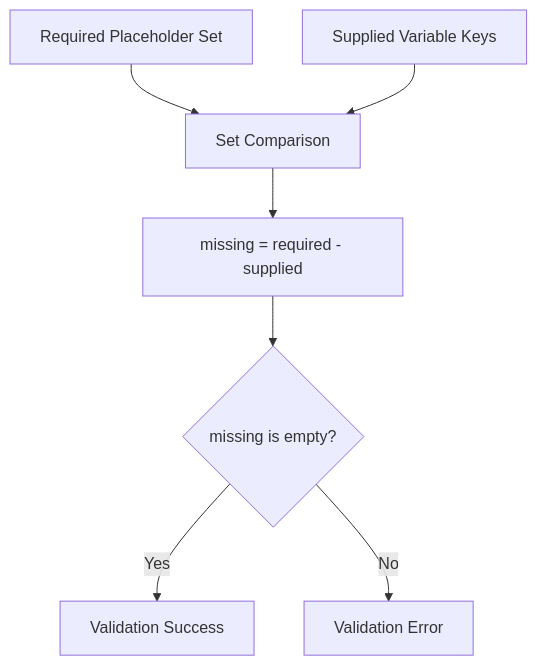
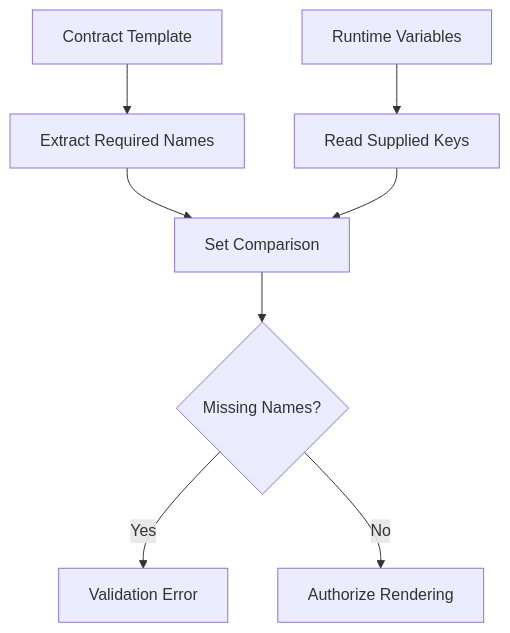
Before and after one commit to mzaid-dev/Bro_to_FAANG-exe: the second of 5 diagrams in 1_Bro_Became_AI_Engineer/01_Daily_Learning/Week_01/02_Prompt_Contracts/Project/prompt-contract-lab/docs/PROMPT_CONTRACT_LAB_PROJECT_NOTE.md, drawn with Mermaid. The commit also changed other lines of this file and 1 other file, not shown here.

Commit message:
docs(prompt-contract-lab): polish README and project documentation

````diff
--- a/1_Bro_Became_AI_Engineer/01_Daily_Learning/Week_01/02_Prompt_Contracts/Project/prompt-contract-lab/docs/PROMPT_CONTRACT_LAB_PROJECT_NOTE.md
+++ b/1_Bro_Became_AI_Engineer/01_Daily_Learning/Week_01/02_Prompt_Contracts/Project/prompt-contract-lab/docs/PROMPT_CONTRACT_LAB_PROJECT_NOTE.md
@@ -684,9 +328,10 @@
 ```mermaid
 flowchart TD
-    A["Required Placeholder Set"] --> C["Set Comparison"]
-    B["Supplied Variable Keys"] --> C
-    C --> D["missing = required - supplied"]
-    D --> E{"missing is empty?"}
-    E -->|Yes| F["Validation Success"]
-    E -->|No| G["Validation Error"]
+    A["Contract Template"] --> B["Extract Required Names"]
+    C["Runtime Variables"] --> D["Read Supplied Keys"]
+    B --> E["Set Comparison"]
+    D --> E
+    E --> F{"Missing Names?"}
+    F -->|Yes| G["Validation Error"]
+    F -->|No| H["Authorize Rendering"]
 ```
````
